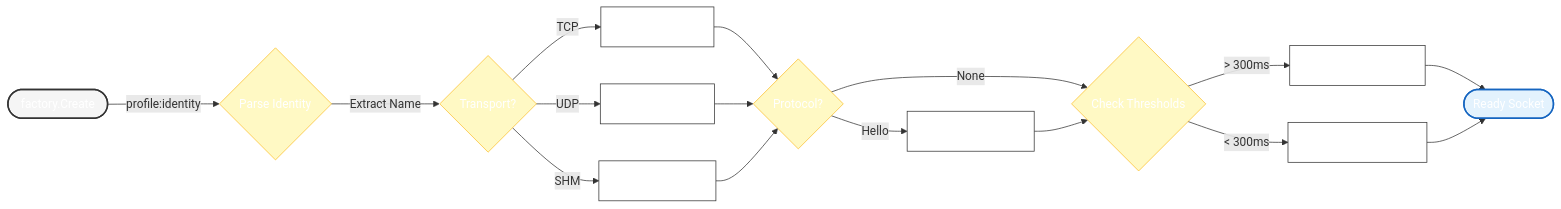
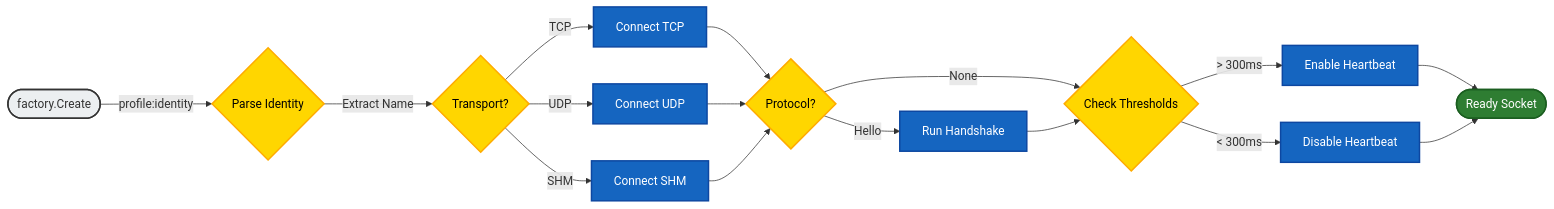
Before and after one commit to Bastien-Antigravity/safe-socket: the diagram in ARCHITECTURE.md, drawn with Mermaid.

Commit message:
refactor: simplify mermaid diagram syntax and update styling for better GitHub compatibility

````diff
--- a/ARCHITECTURE.md
+++ b/ARCHITECTURE.md
@@ -15,39 +15,39 @@
 ```mermaid
 flowchart LR
-    Start([<span style='background-color:#0d47a1;color:white;padding:2px 5px;border-radius:3px'>factory.Create</span>]) -- "profile:identity" --> Parse{<span style='background-color:#0d47a1;color:white;padding:2px 5px;border-radius:3px'>Parse Identity</span>}
+    Start([factory.Create]) -- "profile:identity" --> Parse{Parse Identity}
     
-    Parse -- "Extract Name" --> Transport{<span style='background-color:#0d47a1;color:white;padding:2px 5px;border-radius:3px'>Transport?</span>}
+    Parse -- "Extract Name" --> Transport{Transport?}
     
-    Transport -- "TCP" --> DialTCP[<span style='background-color:#0d47a1;color:white;padding:2px 5px;border-radius:3px'>Connect TCP</span>]
-    Transport -- "UDP" --> DialUDP[<span style='background-color:#0d47a1;color:white;padding:2px 5px;border-radius:3px'>Connect UDP</span>]
-    Transport -- "SHM" --> DialSHM[<span style='background-color:#0d47a1;color:white;padding:2px 5px;border-radius:3px'>Connect SHM</span>]
+    Transport -- "TCP" --> DialTCP[Connect TCP]
+    Transport -- "UDP" --> DialUDP[Connect UDP]
+    Transport -- "SHM" --> DialSHM[Connect SHM]
     
-    DialTCP --> Proto{<span style='background-color:#0d47a1;color:white;padding:2px 5px;border-radius:3px'>Protocol?</span>}
+    DialTCP --> Proto{Protocol?}
     DialUDP --> Proto
     DialSHM --> Proto
     
-    Proto -- "Hello" --> Handshake[<span style='background-color:#0d47a1;color:white;padding:2px 5px;border-radius:3px'>Run Handshake</span>]
-    Proto -- "None" --> Heartbeat{<span style='background-color:#0d47a1;color:white;padding:2px 5px;border-radius:3px'>Check Thresholds</span>}
+    Proto -- "Hello" --> Handshake[Run Handshake]
+    Proto -- "None" --> Heartbeat{Check Thresholds}
     
     Handshake --> Heartbeat
     
-    Heartbeat -- "> 300ms" --> EnableHB[<span style='background-color:#0d47a1;color:white;padding:2px 5px;border-radius:3px'>Enable Heartbeat</span>]
-    Heartbeat -- "< 300ms" --> DisableHB[<span style='background-color:#0d47a1;color:white;padding:2px 5px;border-radius:3px'>Disable Heartbeat</span>]
+    Heartbeat -- "> 300ms" --> EnableHB[Enable Heartbeat]
+    Heartbeat -- "< 300ms" --> DisableHB[Disable Heartbeat]
     
-    EnableHB --> Result([<span style='background-color:#0d47a1;color:white;padding:2px 5px;border-radius:3px'>Ready Socket</span>])
+    EnableHB --> Result([Ready Socket])
     DisableHB --> Result
     
-    %% Styles (Reverted to Originals)
-    style Start fill:#f5f5f5,stroke:#333,stroke-width:2px
-    style Result fill:#e3f2fd,stroke:#1565c0,stroke-width:2px
-    style Parse fill:#fff9c4,stroke:#fbc02d
-    style Transport fill:#fff9c4,stroke:#fbc02d
-    style Proto fill:#fff9c4,stroke:#fbc02d
-    style Heartbeat fill:#fff9c4,stroke:#fbc02d
-    style DialTCP fill:#fff,stroke:#333
-    style DialUDP fill:#fff,stroke:#333
-    style DialSHM fill:#fff,stroke:#333
-    style Handshake fill:#fff,stroke:#333
-    style EnableHB fill:#fff,stroke:#333
-    style DisableHB fill:#fff,stroke:#333
+    %% Native Mermaid Styles (GitHub Compatible)
+    style Start fill:#eceff1,stroke:#333,stroke-width:2px
+    style Result fill:#2e7d32,stroke:#1b5e20,stroke-width:2px,color:#fff
+    style Parse fill:#ffd600,stroke:#ffab00,stroke-width:2px,color:#000
+    style Transport fill:#ffd600,stroke:#ffab00,stroke-width:2px,color:#000
+    style Proto fill:#ffd600,stroke:#ffab00,stroke-width:2px,color:#000
+    style Heartbeat fill:#ffd600,stroke:#ffab00,stroke-width:2px,color:#000
+    style DialTCP fill:#1565c0,stroke:#0d47a1,stroke-width:2px,color:#fff
+    style DialUDP fill:#1565c0,stroke:#0d47a1,stroke-width:2px,color:#fff
+    style DialSHM fill:#1565c0,stroke:#0d47a1,stroke-width:2px,color:#fff
+    style Handshake fill:#1565c0,stroke:#0d47a1,stroke-width:2px,color:#fff
+    style EnableHB fill:#1565c0,stroke:#0d47a1,stroke-width:2px,color:#fff
+    style DisableHB fill:#1565c0,stroke:#0d47a1,stroke-width:2px,color:#fff
 ```
````
